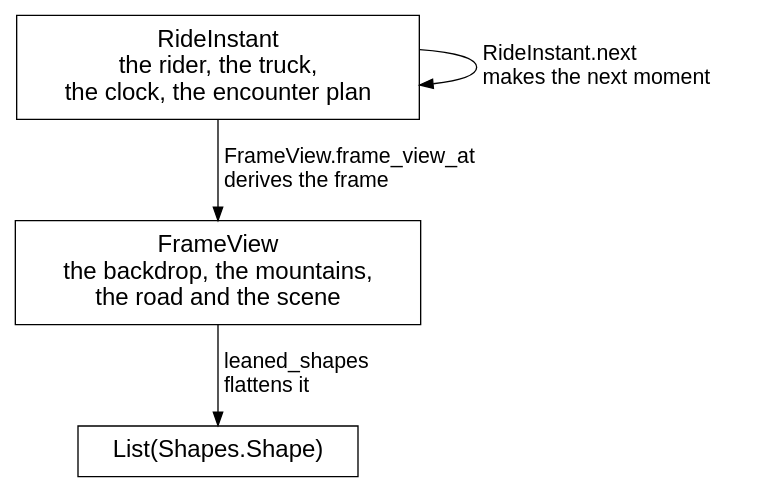
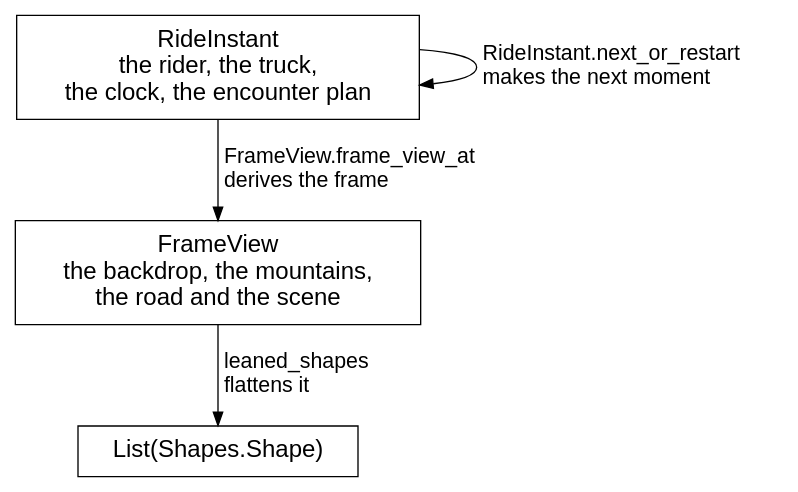
One commit to showell/roc-apps changed diagram 16 of 22 in canvas_apps/safari/tutorial/tutorial.md. Above: the diagram before and after it, drawn with Graphviz. The commit also changed other lines of this file and 4 other files, not shown here.

````diff
--- a/canvas_apps/safari/tutorial/tutorial.md
+++ b/canvas_apps/safari/tutorial/tutorial.md
@@ -2695,15 +2642,15 @@
 ```dot
 digraph loop {
   rankdir=TB;
   nodesep=0.6;
   ranksep=0.55;
   node [shape=box, fontname="Helvetica", fontsize=18, margin="0.25,0.12"];
   edge [fontname="Helvetica", fontsize=16];
   instant [label="RideInstant\nthe rider, the truck,\nthe clock, the encounter plan"];
   view [label="FrameView\nthe backdrop, the mountains,\nthe road and the scene"];
   shapes [label="List(Shapes.Shape)"];
   instant -> view [label="  FrameView.frame_view_at\l  derives the frame\l"];
   view -> shapes [label="  leaned_shapes\l  flattens it\l"];
-  instant -> instant [label="  RideInstant.next\l  makes the next moment\l"];
+  instant -> instant [label="  RideInstant.next_or_restart\l  makes the next moment\l"];
 }
 ```
````
